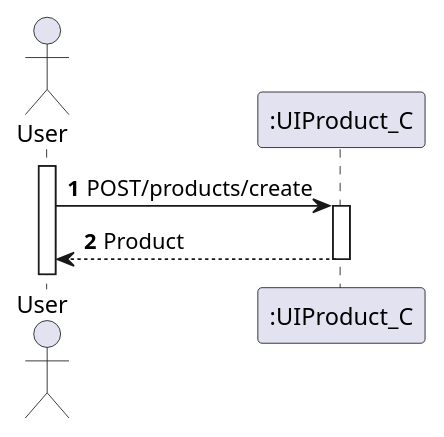
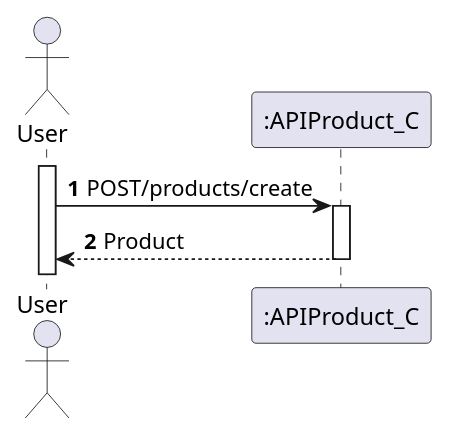
One commit to 1201441BrunoPereira/Trabalho2Products changed the diagram in Product1_C/Documentacao/Nivel1/VistaDeProcessos.puml. Above: the diagram before and after it, drawn with PlantUML. The commit also changed 10 other files, not shown here.

Commit message:
Atualização diagramas

```diff
--- a/Product1_C/Documentacao/Nivel1/VistaDeProcessos.puml
+++ b/Product1_C/Documentacao/Nivel1/VistaDeProcessos.puml
@@ -1,14 +1,14 @@
 @startuml
 'https://plantuml.com/sequence-diagram
 
 autoactivate on
 autonumber
 
 actor "User" as User
-participant ":UIProduct_C" as pro1
+participant ":APIProduct_C" as pro1
 
 activate User
 
 User -> pro1: POST/products/create
 pro1 --> User: Product
 @enduml
```
